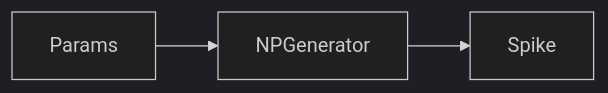
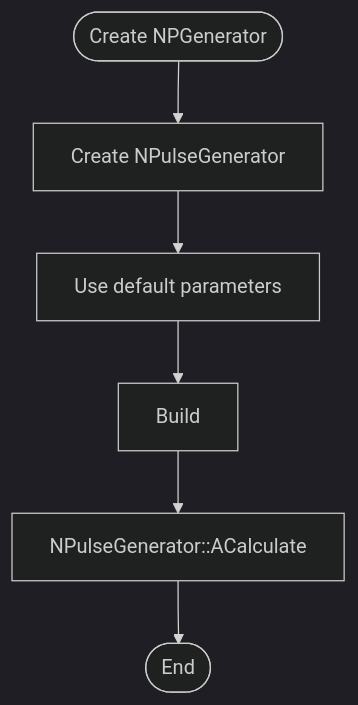
One commit to aicommunity/Nmsdk-PulseLib changed the ninth of 10 diagrams in Docs/Components/NPGenerator.md. Above: the diagram before and after it, drawn with Mermaid (dark theme). The commit also changed other lines of this file and 196 other files, not shown here.

````diff
--- a/Docs/Components/NPGenerator.md
+++ b/Docs/Components/NPGenerator.md
@@ -75,5 +236,8 @@
 ```mermaid
-flowchart LR
-    cfg[Params] --> gen[NPGenerator]
-    gen --> spike[Spike]
+flowchart TD
+    Start([Create NPGenerator]) --> CreateInstance[Create NPulseGenerator]
+    CreateInstance --> UseDefault[Use default parameters]
+    UseDefault --> Build[Build]
+    Build --> Calculate[NPulseGenerator::ACalculate]
+    Calculate --> End([End])
 ```
````
